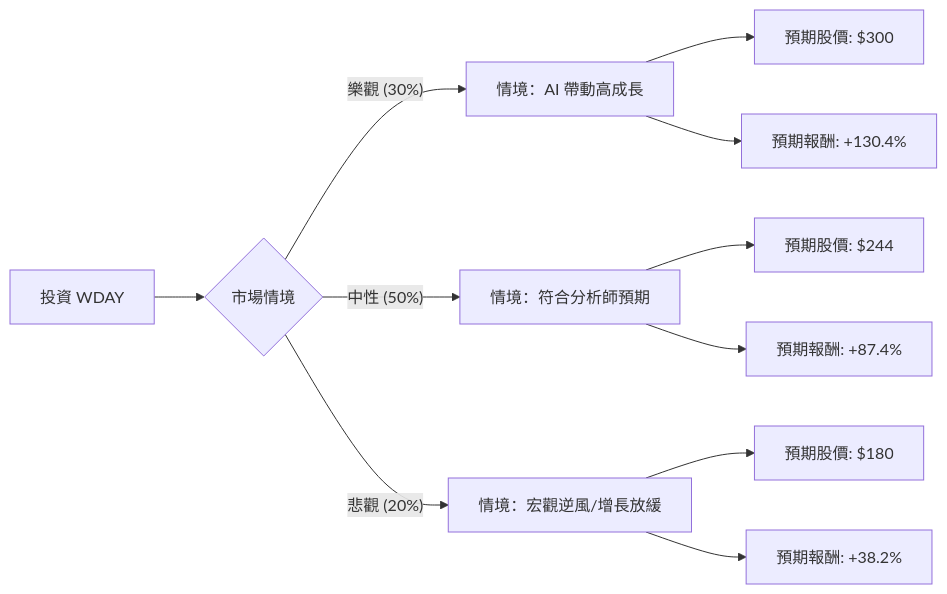
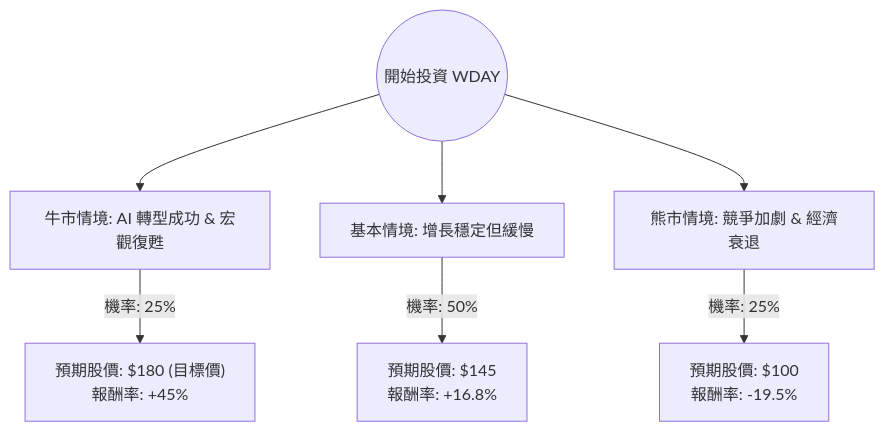
Before and after one commit to zmcx16/zmcx16.github.io: the diagram in plugin-react/ai-analysis/ev-analysis/WDAY.md, drawn with Mermaid. The commit also changed other lines of this file and 75 other files, not shown here.

````diff
--- a/plugin-react/ai-analysis/ev-analysis/WDAY.md
+++ b/plugin-react/ai-analysis/ev-analysis/WDAY.md
@@ -17,16 +20,10 @@
 ```mermaid
-graph LR
-    A[投資 WDAY] --> B{市場情境}
-    
-    B -- 樂觀 (30%) --> C[情境：AI 帶動高成長]
-    C --> C1[預期股價: $300]
-    C --> C2[預期報酬: +130.4%]
-    
-    B -- 中性 (50%) --> D[情境：符合分析師預期]
-    D --> D1[預期股價: $244]
-    D --> D2[預期報酬: +87.4%]
-    
-    B -- 悲觀 (20%) --> E[情境：宏觀逆風/增長放緩]
-    E --> E1[預期股價: $180]
-    E --> E2[預期報酬: +38.2%]
+graph TD
+    Start((開始投資 WDAY)) --> Bull[牛市情境: AI 轉型成功 & 宏觀復甦]
+    Start --> Base[基本情境: 增長穩定但緩慢]
+    Start --> Bear[熊市情境: 競爭加劇 & 經濟衰退]
+
+    Bull -- "機率: 25%" --> BullVal["預期股價: $180 (目標價) <br> 報酬率: +45%"]
+    Base -- "機率: 50%" --> BaseVal["預期股價: $145 <br> 報酬率: +16.8%"]
+    Bear -- "機率: 25%" --> BearVal["預期股價: $100 <br> 報酬率: -19.5%"]
 ```
````
